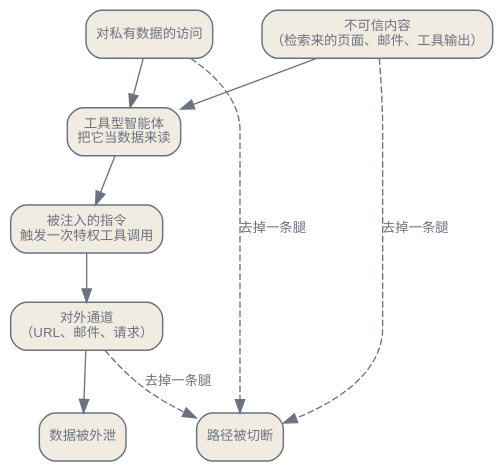
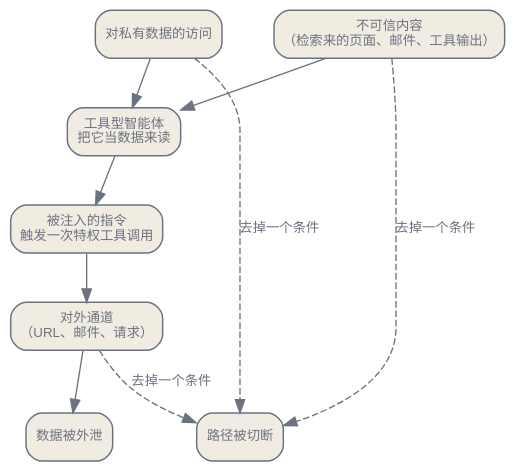
One commit to latere-ai/ai-as-an-infrastructure changed the second of 2 diagrams in zh/safety/04-runtime-safety.qmd. Above: the diagram before and after it, drawn with Graphviz. The commit also changed other lines of this file and 8 other files, not shown here.

````diff
--- a/zh/safety/04-runtime-safety.qmd
+++ b/zh/safety/04-runtime-safety.qmd
@@ -51,28 +51,28 @@
 ```{dot}
 //| label: fig-lethal-trifecta
-//| fig-cap: "致命的三元组。间接提示注入只有在一个智能体同时持有三种能力时才变成数据外泄：对私有数据的访问、对能携带一条被注入指令的不可信内容的暴露、以及一条把数据送出去的对外通道。去掉任一条腿都能切断那条路径，这正是最小权限的工具范围限定与外发通道筛查是吃重防御的缘故。取材自 Willison（2025）。"
+//| fig-cap: "致命的三元组。间接提示注入只有在一个智能体同时持有三种能力时才变成数据外泄：对私有数据的访问、对能携带一条被注入指令的不可信内容的暴露、以及一条把数据送出去的对外通道。去掉任一条件都能切断那条路径，这正是最小权限的工具范围限定与外发通道筛查是关键防御的缘故。取材自 Willison（2025）。"
 digraph {
   bgcolor="transparent";
   rankdir=TB;
   nodesep=0.4; ranksep=0.5;
   node [shape=box, style="rounded,filled", fontname="Helvetica", fontsize=10, color="#6b7280", fontcolor="#6b7280", fillcolor="#f1ece1", penwidth=1.1];
   edge [fontsize=10, fontname="Helvetica", color="#6b7280", fontcolor="#6b7280"];
 
   inj    [label="不可信内容\n（检索来的页面、邮件、工具输出）"];
   agent  [label="工具型智能体\n把它当数据来读"];
   priv   [label="对私有数据的访问"];
   act    [label="被注入的指令\n触发一次特权工具调用"];
   exfil  [label="对外通道\n（URL、邮件、请求）"];
   leak   [label="数据被外泄"];
   broken [label="路径被切断"];
 
   inj -> agent;
   priv -> agent;
   agent -> act;
   act -> exfil;
   exfil -> leak;
-  priv -> broken [style=dashed, label="去掉一条腿"];
-  inj -> broken [style=dashed, label="去掉一条腿"];
-  exfil -> broken [style=dashed, label="去掉一条腿"];
+  priv -> broken [style=dashed, label="去掉一个条件"];
+  inj -> broken [style=dashed, label="去掉一个条件"];
+  exfil -> broken [style=dashed, label="去掉一个条件"];
 }
 ```
````
